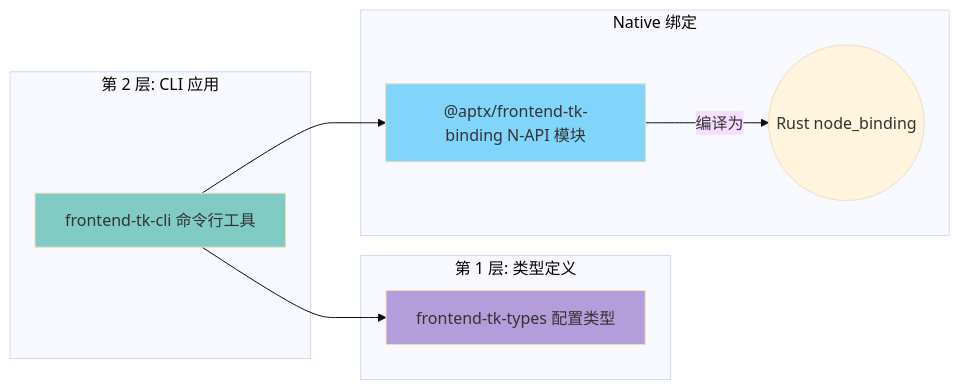
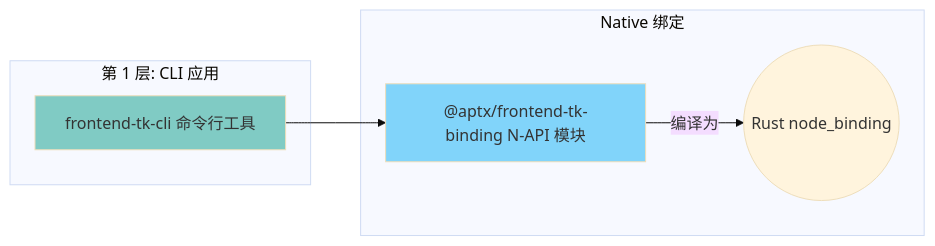
The third of 14 diagrams in docs/ARCHITECTURE.md (HaibaraAiAPTX/frontend_tk_rs), drawn with Mermaid (base theme) before and after one commit. The commit also changed other lines of this file and 14 other files, not shown here.

First line of the commit message:
refactor: 移除 frontend-tk-types 包和 c12 配置加载器

````diff
--- a/docs/ARCHITECTURE.md
+++ b/docs/ARCHITECTURE.md
@@ -135,23 +133,17 @@
 ```mermaid
 graph LR
-    subgraph Layer1["第 1 层: 类型定义"]
-        TYPES["frontend-tk-types 配置类型"]
-    end
-
-    subgraph Layer2["第 2 层: CLI 应用"]
+    subgraph Layer1["第 1 层: CLI 应用"]
         CLI["frontend-tk-cli 命令行工具"]
     end
 
     subgraph BindingLayer["Native 绑定"]
         BINDING["@aptx/frontend-tk-binding N-API 模块"]
         RUST(("Rust node_binding"))
     end
 
     CLI --> BINDING
-    CLI --> TYPES
     BINDING -->|"编译为"| RUST
 
-    style TYPES fill:#b39ddb
     style CLI fill:#80cbc4
     style BINDING fill:#81d4fa
 ```
````
